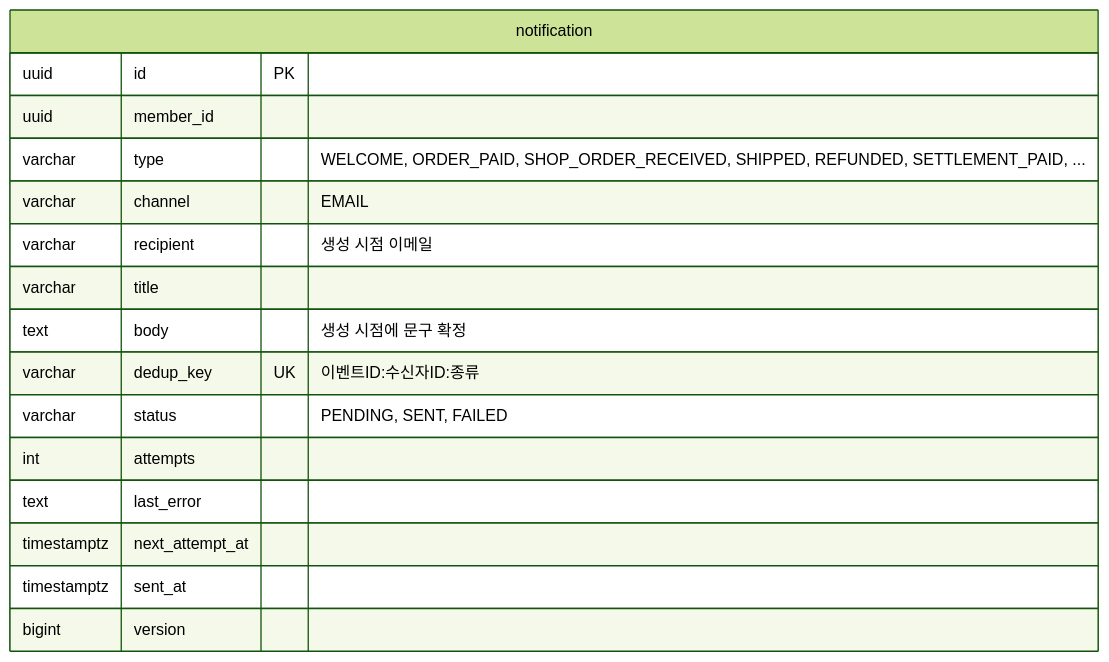
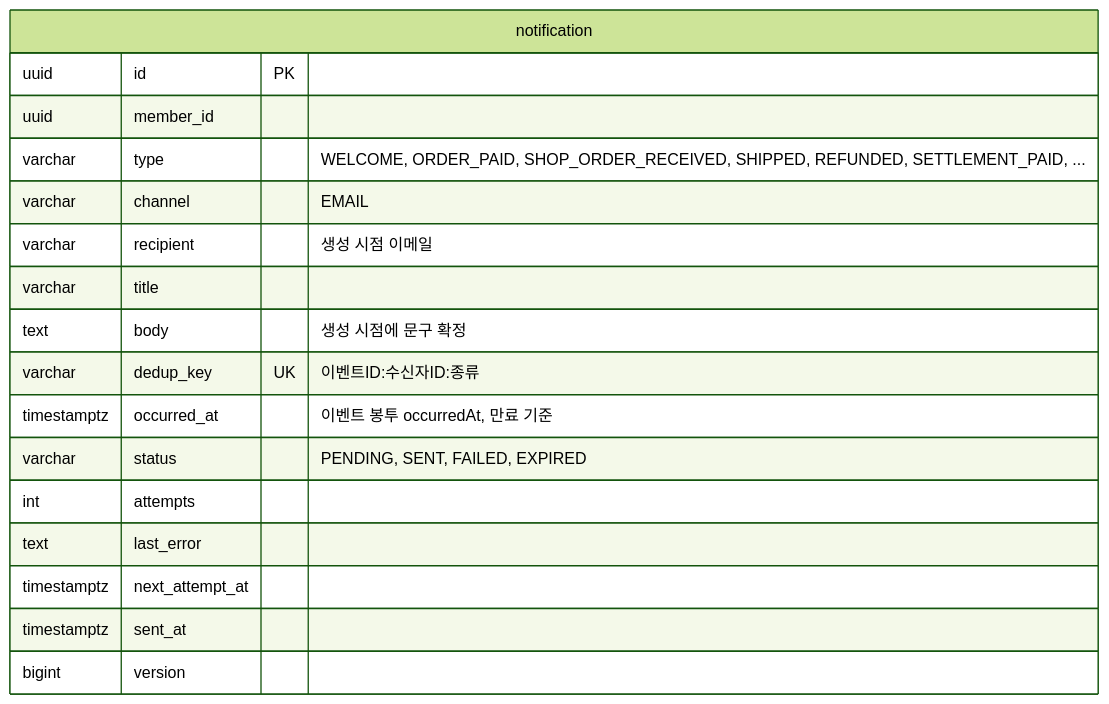
One commit to 95twan/myroutine-v2 changed the ninth of 10 diagrams in docs/02-design/03-erd.md. Above: the diagram before and after it, drawn with Mermaid (forest theme). The commit also changed other lines of this file and 22 other files, not shown here.

````diff
--- a/docs/02-design/03-erd.md
+++ b/docs/02-design/03-erd.md
@@ -423,19 +424,20 @@
 ```mermaid
 erDiagram
   notification {
     uuid id PK
     uuid member_id
     varchar type "WELCOME, ORDER_PAID, SHOP_ORDER_RECEIVED, SHIPPED, REFUNDED, SETTLEMENT_PAID, ..."
     varchar channel "EMAIL"
     varchar recipient "생성 시점 이메일"
     varchar title
     text body "생성 시점에 문구 확정"
     varchar dedup_key UK "이벤트ID:수신자ID:종류"
-    varchar status "PENDING, SENT, FAILED"
+    timestamptz occurred_at "이벤트 봉투 occurredAt, 만료 기준"
+    varchar status "PENDING, SENT, FAILED, EXPIRED"
     int attempts
     text last_error
     timestamptz next_attempt_at
     timestamptz sent_at
     bigint version
   }
 ```
````
